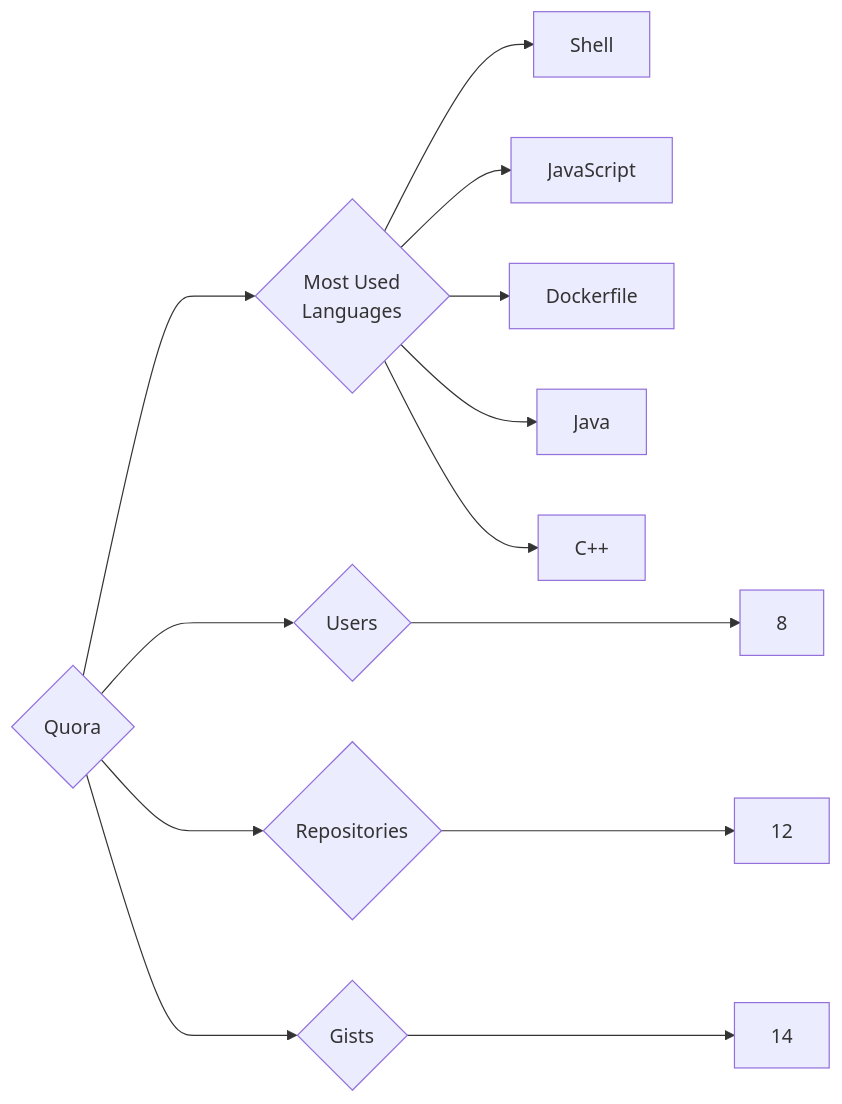
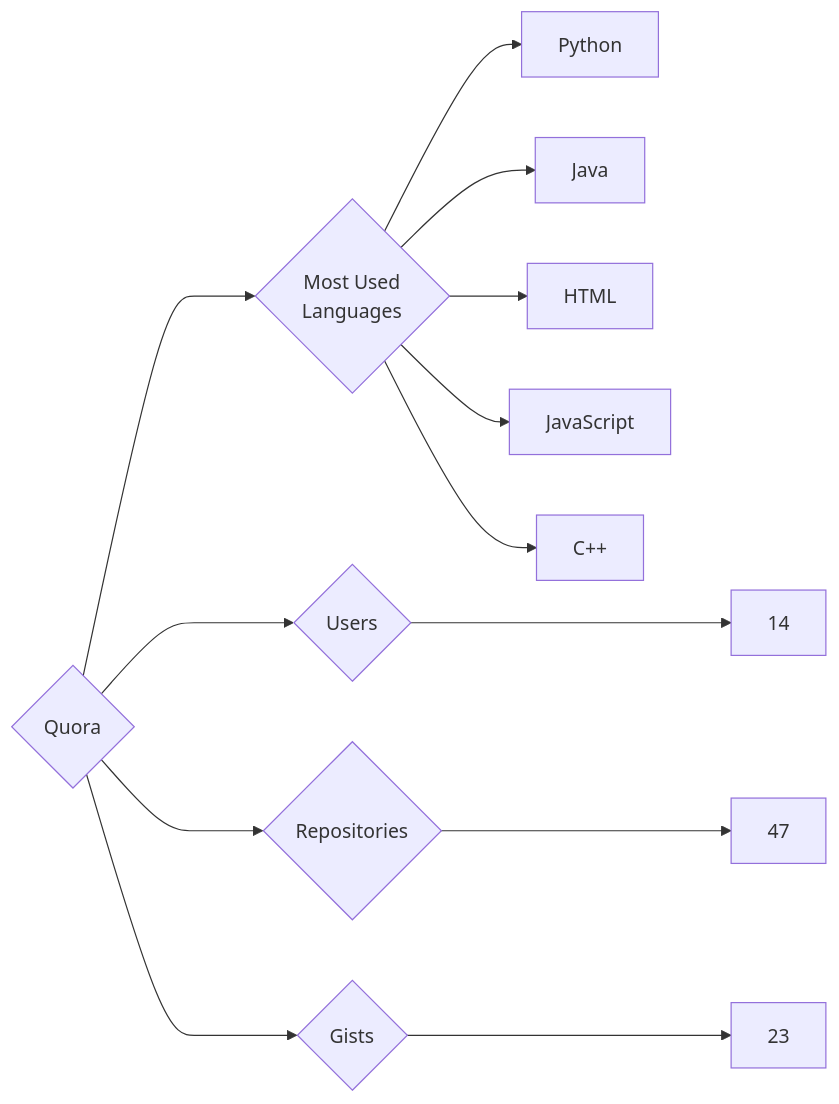
One commit to trickest/insiders changed the diagram in targets/Quora/README.md. Above: the diagram before and after it, drawn with Mermaid. The commit also changed 748 other files, not shown here.

````diff
--- a/targets/Quora/README.md
+++ b/targets/Quora/README.md
@@ -3,13 +3,13 @@
 ```mermaid
 graph LR
 COMPANY_NAME{Quora}
-COMPANY_NAME ---> U{Users} ---> UN[8]
-COMPANY_NAME ---> R{Repositories} ---> RN[12]
-COMPANY_NAME ---> G{Gists} ---> GN[14]
+COMPANY_NAME ---> U{Users} ---> UN[14]
+COMPANY_NAME ---> R{Repositories} ---> RN[47]
+COMPANY_NAME ---> G{Gists} ---> GN[23]
 COMPANY_NAME ---> ML{Most Used<br>Languages}
-ML --> Shell[Shell]
+ML --> Python[Python]
+ML --> Java[Java]
+ML --> HTML[HTML]
 ML --> JavaScript[JavaScript]
-ML --> Dockerfile[Dockerfile]
-ML --> Java[Java]
 ML --> C++[C++]
 ```
````
